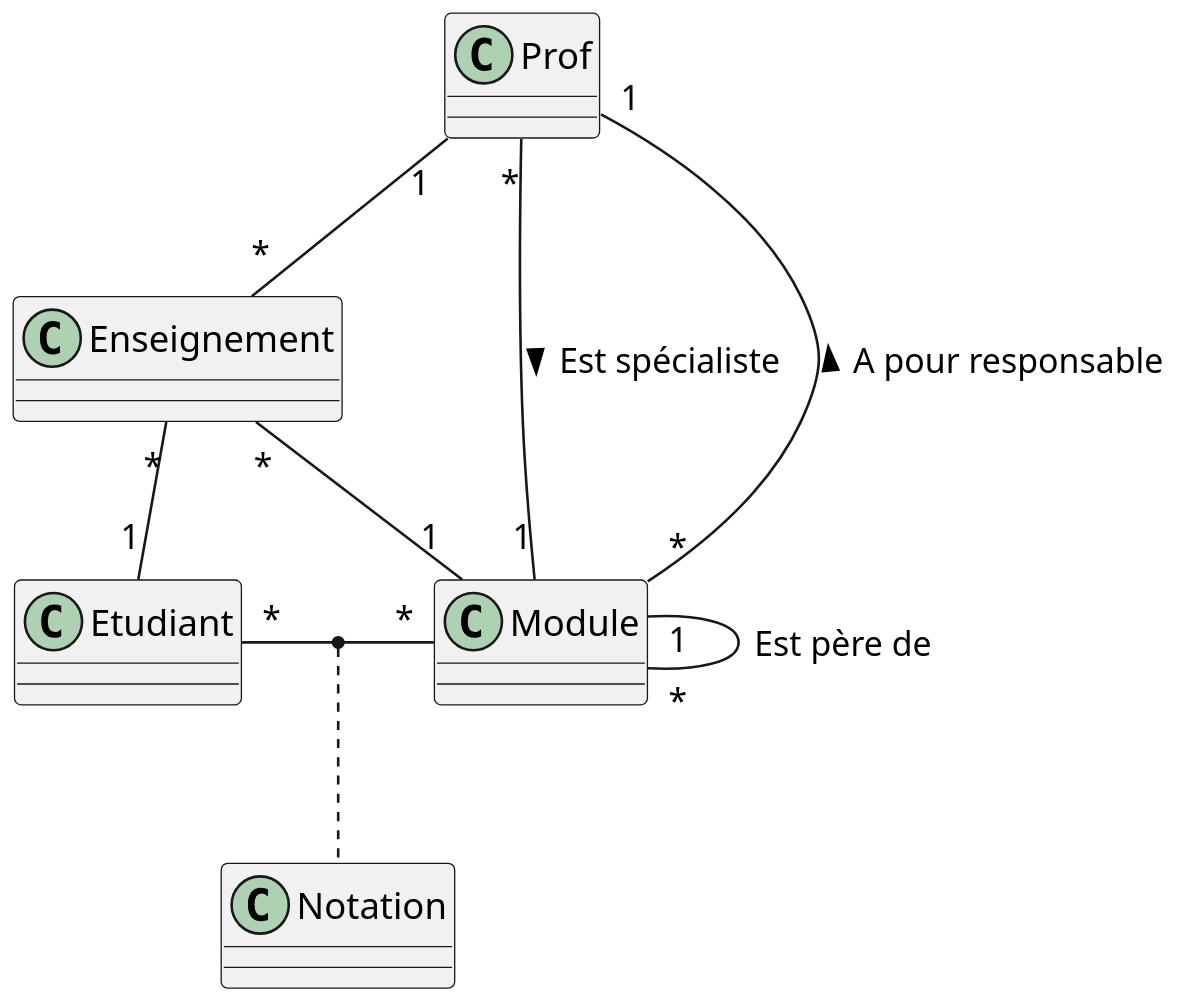
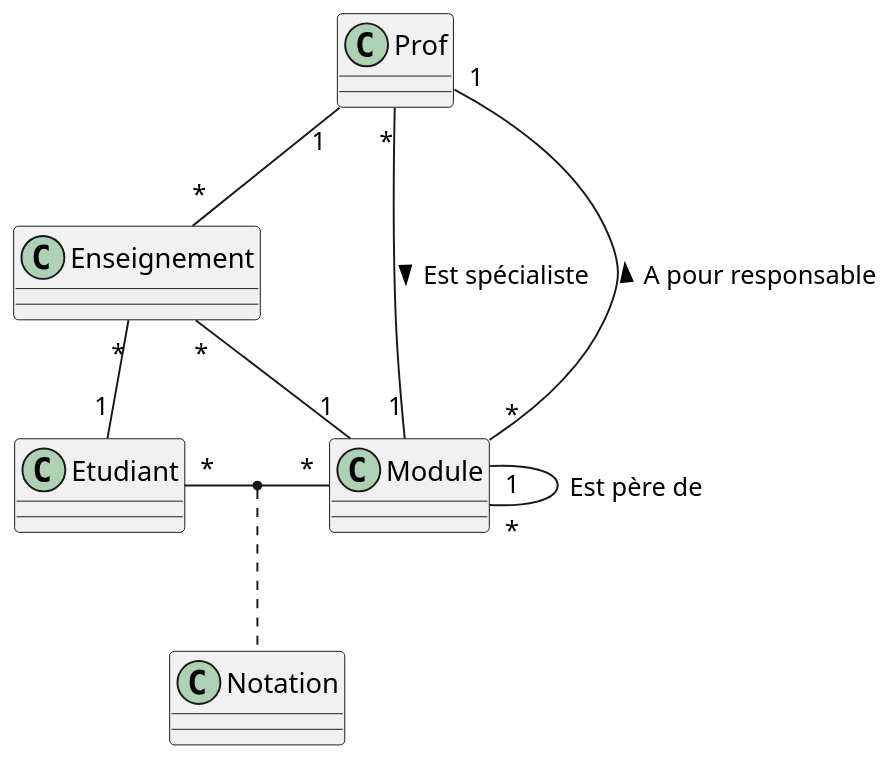
One commit to IUTInfoAix-M3106/TpJdbc changed the diagram in src/main/resources/assets/GestionPedagogique.puml. Above: the diagram before and after it, drawn with PlantUML. The commit also changed 10 other files, not shown here.

Commit message:
Modification de l'échelle des diagrammes

```diff
--- a/src/main/resources/assets/GestionPedagogique.puml
+++ b/src/main/resources/assets/GestionPedagogique.puml
@@ -1,25 +1,25 @@
 @startuml
-scale 2
+scale 1.5
 
 class Module
 
 class Prof
 
 class Etudiant
 
 class Notation
 
 class Enseignement
 
 Enseignement "*"  -right "1" Module
 Enseignement "*"  -up- "1" Prof
 Enseignement "*"  -down- "1" Etudiant
 
 Etudiant "*" - "*" Module
 (Etudiant, Module) .down Notation
 
 Module "1" -- "*" Module : Est père de
 
 Module "*" -- "1" Prof : A pour responsable >
 Prof "*" -- "1" Module : Est spécialiste >
 @enduml
```
